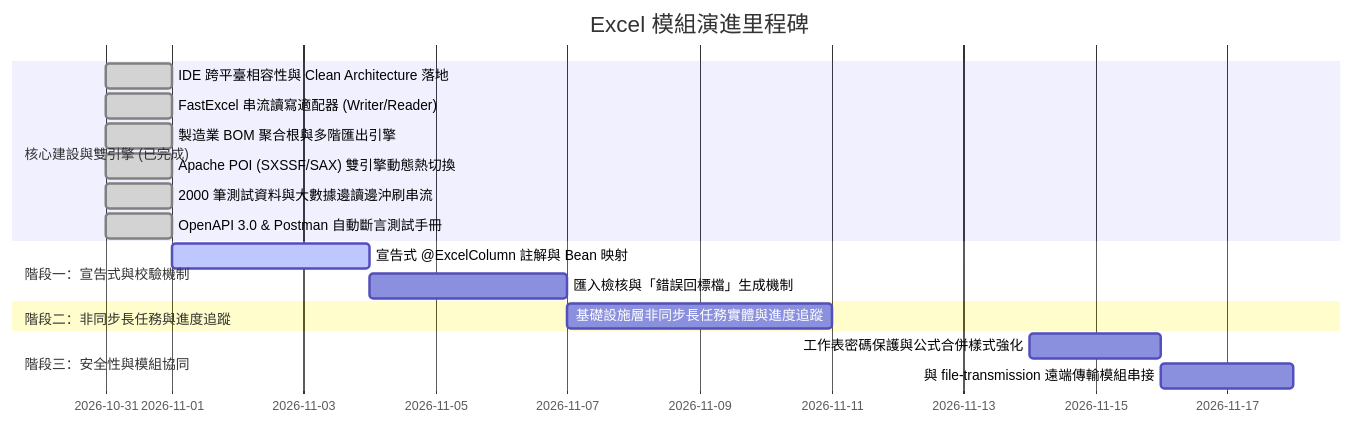
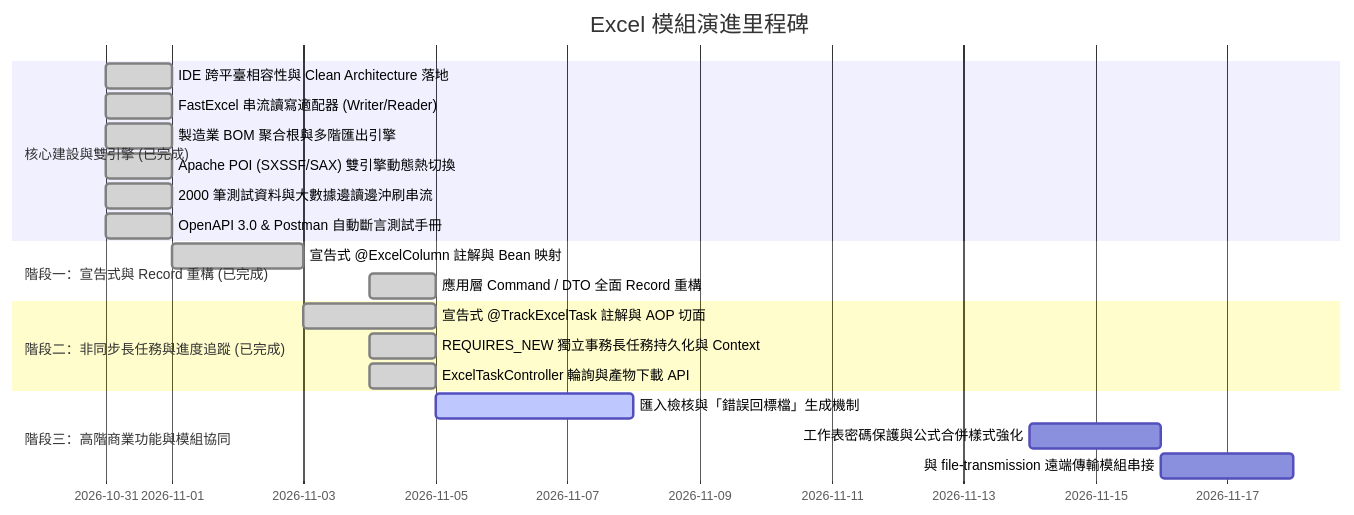
Before and after one commit to nick54785478/excel-module: the second of 2 diagrams in README.md, drawn with Mermaid. The commit also changed other lines of this file and 4 other files, not shown here.

Commit message:
docs: update architectural design, test guides, OpenAPI spec and Postman collection

````diff
--- a/README.md
+++ b/README.md
@@ -234,23 +266,26 @@
 ```mermaid
 gantt
     title Excel 模組演進里程碑
     dateFormat  YYYY-MM-DD
     section 核心建設與雙引擎 (已完成)
     IDE 跨平臺相容性與 Clean Architecture 落地  :done, 2026-10-31, 1d
     FastExcel 串流讀寫適配器 (Writer/Reader)     :done, 2026-10-31, 1d
     製造業 BOM 聚合根與多階匯出引擎             :done, 2026-10-31, 1d
     Apache POI (SXSSF/SAX) 雙引擎動態熱切換     :done, 2026-10-31, 1d
     2000 筆測試資料與大數據邊讀邊沖刷串流       :done, 2026-10-31, 1d
     OpenAPI 3.0 & Postman 自動斷言測試手冊     :done, 2026-10-31, 1d
     
-    section 階段一：宣告式與校驗機制
-    宣告式 @ExcelColumn 註解與 Bean 映射       :active, 2026-11-01, 3d
-    匯入檢核與「錯誤回標檔」生成機制             :2026-11-04, 3d
+    section 階段一：宣告式與 Record 重構 (已完成)
+    宣告式 @ExcelColumn 註解與 Bean 映射       :done, 2026-11-01, 2d
+    應用層 Command / DTO 全面 Record 重構       :done, 2026-11-04, 1d
     
-    section 階段二：非同步長任務與進度追蹤
-    基礎設施層非同步長任務實體與進度追蹤       :2026-11-07, 4d
+    section 階段二：非同步長任務與進度追蹤 (已完成)
+    宣告式 @TrackExcelTask 註解與 AOP 切面      :done, 2026-11-03, 2d
+    REQUIRES_NEW 獨立事務長任務持久化與 Context  :done, 2026-11-04, 1d
+    ExcelTaskController 輪詢與產物下載 API      :done, 2026-11-04, 1d
     
-    section 階段三：安全性與模組協同
+    section 階段三：高階商業功能與模組協同
+    匯入檢核與「錯誤回標檔」生成機制             :active, 2026-11-05, 3d
     工作表密碼保護與公式合併樣式強化             :2026-11-14, 2d
     與 file-transmission 遠端傳輸模組串接      :2026-11-16, 2d
 ```
````
